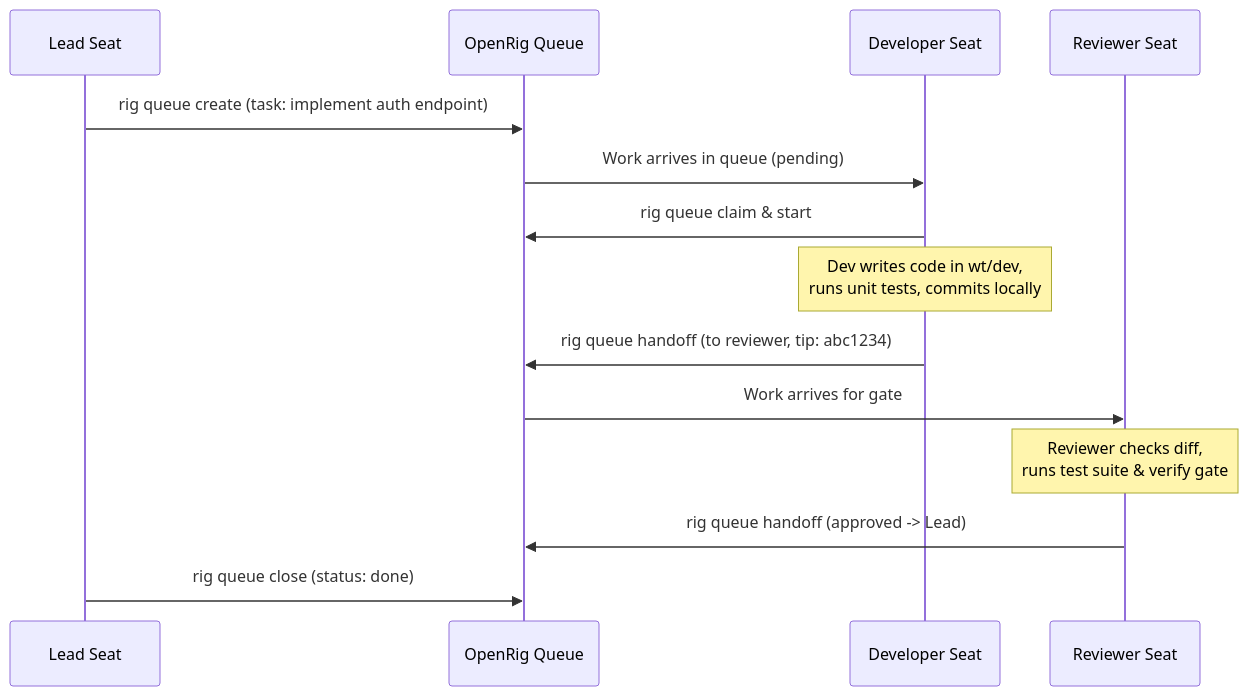
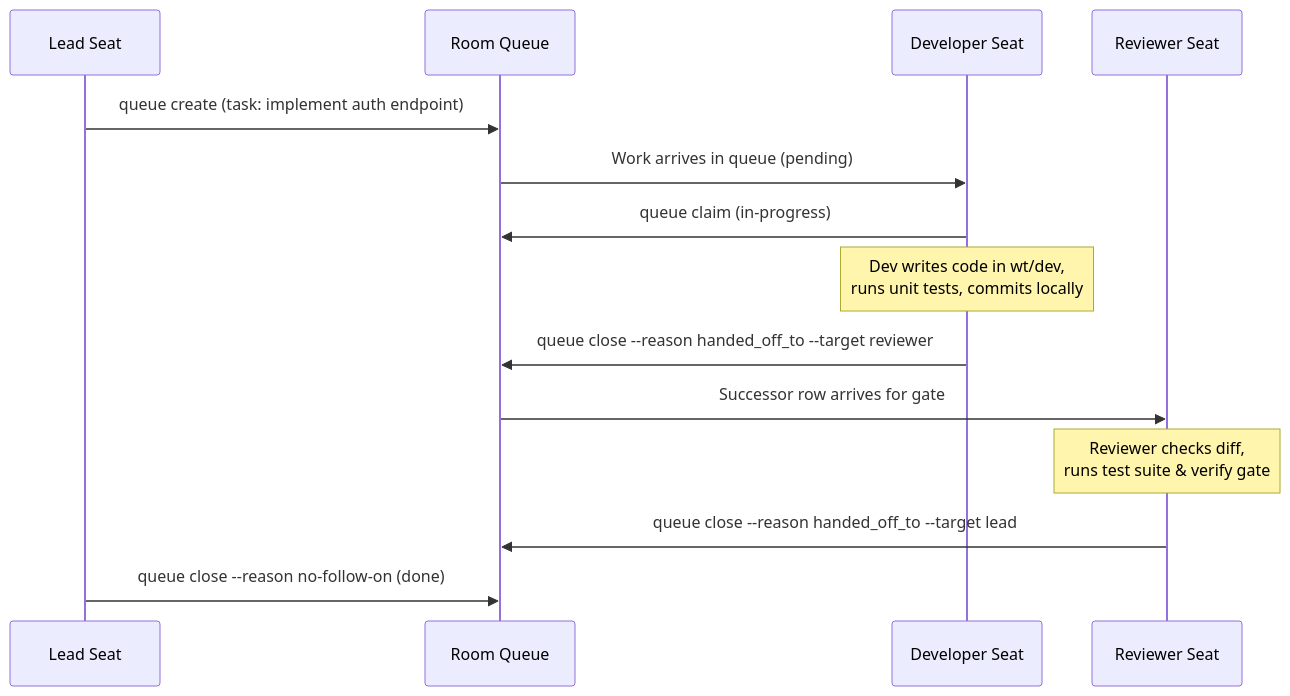
One commit to phamhung075/multiple-agent-orchestration changed the diagram in docs/02-architecture-and-mental-model/03-the-durable-queue.md. Above: the diagram before and after it, drawn with Mermaid. The commit also changed other lines of this file and 9 other files, not shown here.

Commit message:
docs: describe the native runtime and 4genteam verbs, not OpenRig

````diff
--- a/docs/02-architecture-and-mental-model/03-the-durable-queue.md
+++ b/docs/02-architecture-and-mental-model/03-the-durable-queue.md
@@ -26,17 +26,17 @@
 ```mermaid
 sequenceDiagram
     participant Lead as Lead Seat
-    participant Queue as OpenRig Queue
+    participant Queue as Room Queue
     participant Dev as Developer Seat
     participant Reviewer as Reviewer Seat
 
-    Lead->>Queue: rig queue create (task: implement auth endpoint)
+    Lead->>Queue: queue create (task: implement auth endpoint)
     Queue->>Dev: Work arrives in queue (pending)
-    Dev->>Queue: rig queue claim & start
+    Dev->>Queue: queue claim (in-progress)
     Note over Dev: Dev writes code in wt/dev,<br/>runs unit tests, commits locally
-    Dev->>Queue: rig queue handoff (to reviewer, tip: abc1234)
-    Queue->>Reviewer: Work arrives for gate
+    Dev->>Queue: queue close --reason handed_off_to --target reviewer
+    Queue->>Reviewer: Successor row arrives for gate
     Note over Reviewer: Reviewer checks diff,<br/>runs test suite & verify gate
-    Reviewer->>Queue: rig queue handoff (approved -> Lead)
-    Lead->>Queue: rig queue close (status: done)
+    Reviewer->>Queue: queue close --reason handed_off_to --target lead
+    Lead->>Queue: queue close --reason no-follow-on (done)
 ```
````
